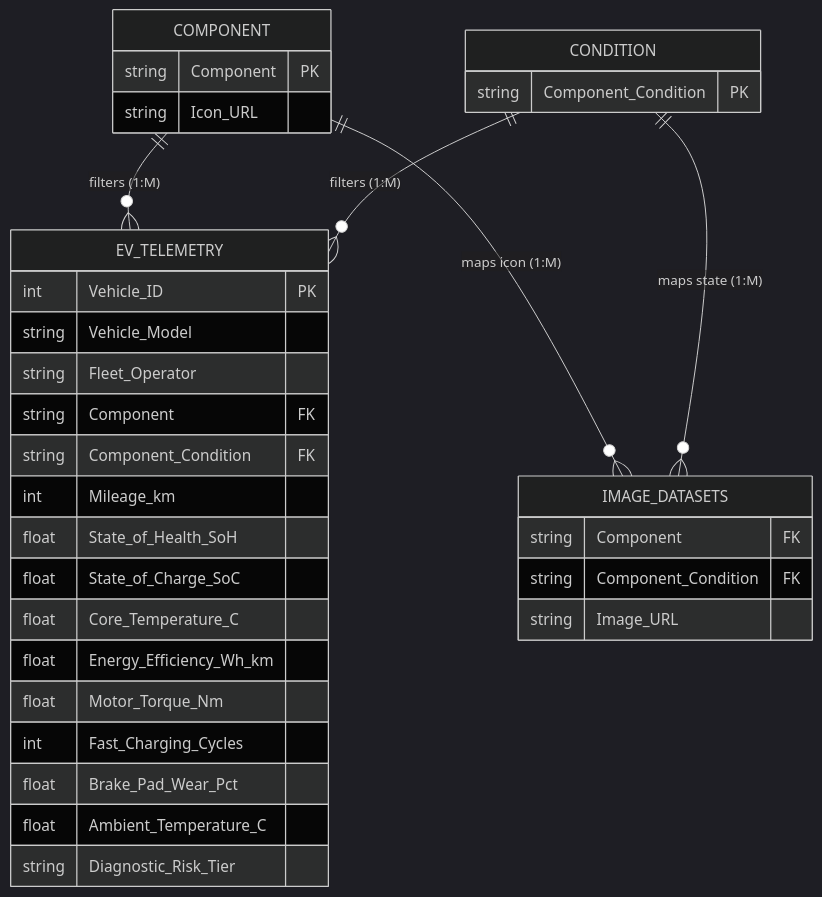
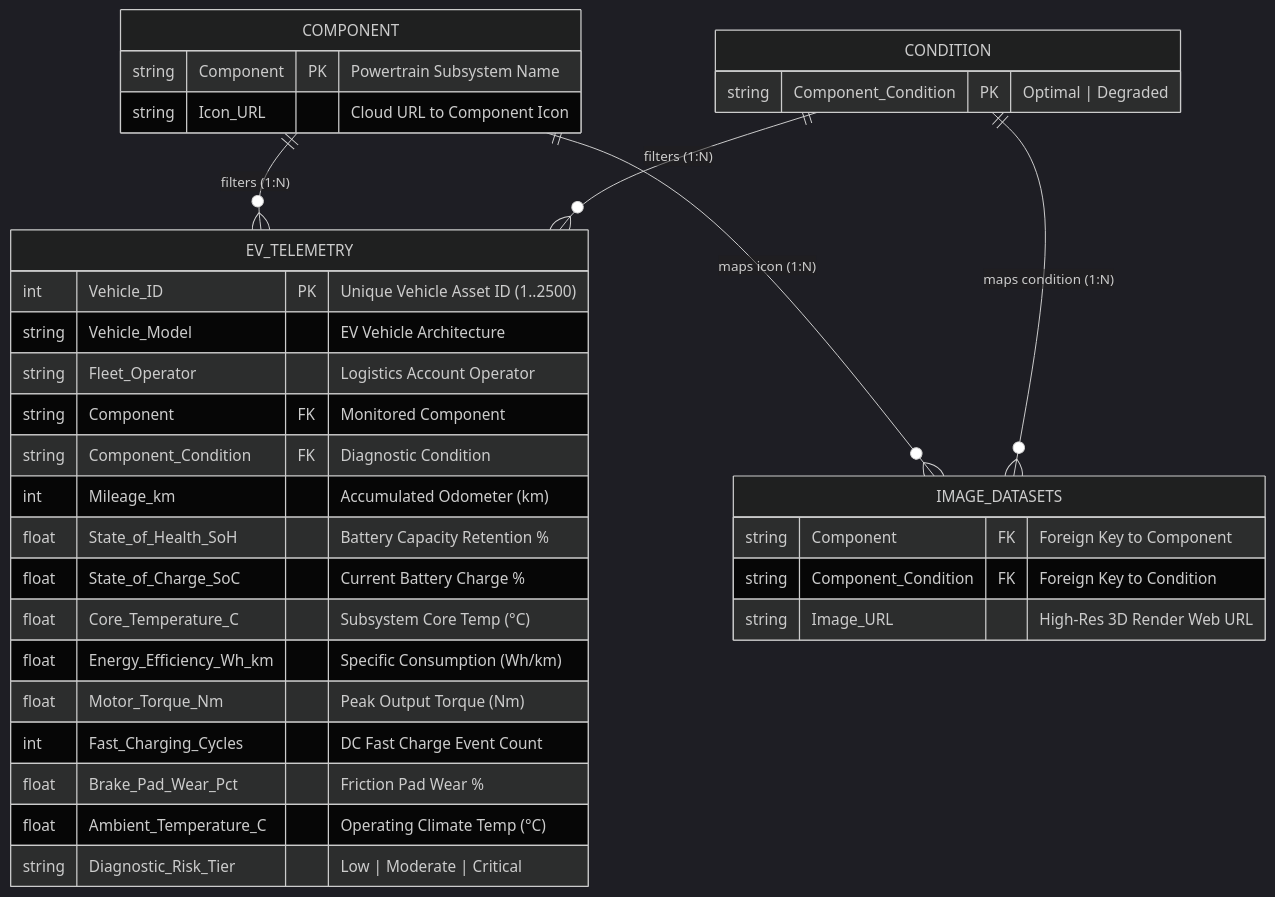
The diagram in README.md (aakash1552005/EV-Health-and-Telemetry-Analysis-Dashboard), drawn with Mermaid (dark theme) before and after one commit. The commit also changed other lines of this file, not shown here.

Commit message:
docs: enrich README with fleet recommendations, setup guide, and project structure

````diff
--- a/README.md
+++ b/README.md
@@ -82,40 +112,40 @@
 ```mermaid
 erDiagram
-    COMPONENT ||--o{ EV_TELEMETRY : "filters (1:M)"
-    COMPONENT ||--o{ IMAGE_DATASETS : "maps icon (1:M)"
-    CONDITION ||--o{ EV_TELEMETRY : "filters (1:M)"
-    CONDITION ||--o{ IMAGE_DATASETS : "maps state (1:M)"
+    COMPONENT ||--o{ EV_TELEMETRY : "filters (1:N)"
+    COMPONENT ||--o{ IMAGE_DATASETS : "maps icon (1:N)"
+    CONDITION ||--o{ EV_TELEMETRY : "filters (1:N)"
+    CONDITION ||--o{ IMAGE_DATASETS : "maps condition (1:N)"
 
     COMPONENT {
-        string Component PK
-        string Icon_URL
+        string Component PK "Powertrain Subsystem Name"
+        string Icon_URL "Cloud URL to Component Icon"
     }
 
     CONDITION {
-        string Component_Condition PK
+        string Component_Condition PK "Optimal | Degraded"
     }
 
     IMAGE_DATASETS {
-        string Component FK
-        string Component_Condition FK
-        string Image_URL
+        string Component FK "Foreign Key to Component"
+        string Component_Condition FK "Foreign Key to Condition"
+        string Image_URL "High-Res 3D Render Web URL"
     }
 
     EV_TELEMETRY {
-        int Vehicle_ID PK
-        string Vehicle_Model
-        string Fleet_Operator
-        string Component FK
-        string Component_Condition FK
-        int Mileage_km
-        float State_of_Health_SoH
-        float State_of_Charge_SoC
-        float Core_Temperature_C
-        float Energy_Efficiency_Wh_km
-        float Motor_Torque_Nm
-        int Fast_Charging_Cycles
-        float Brake_Pad_Wear_Pct
-        float Ambient_Temperature_C
-        string Diagnostic_Risk_Tier
+        int Vehicle_ID PK "Unique Vehicle Asset ID (1..2500)"
+        string Vehicle_Model "EV Vehicle Architecture"
+        string Fleet_Operator "Logistics Account Operator"
+        string Component FK "Monitored Component"
+        string Component_Condition FK "Diagnostic Condition"
+        int Mileage_km "Accumulated Odometer (km)"
+        float State_of_Health_SoH "Battery Capacity Retention %"
+        float State_of_Charge_SoC "Current Battery Charge %"
+        float Core_Temperature_C "Subsystem Core Temp (°C)"
+        float Energy_Efficiency_Wh_km "Specific Consumption (Wh/km)"
+        float Motor_Torque_Nm "Peak Output Torque (Nm)"
+        int Fast_Charging_Cycles "DC Fast Charge Event Count"
+        float Brake_Pad_Wear_Pct "Friction Pad Wear %"
+        float Ambient_Temperature_C "Operating Climate Temp (°C)"
+        string Diagnostic_Risk_Tier "Low | Moderate | Critical"
     }
 ```
````
